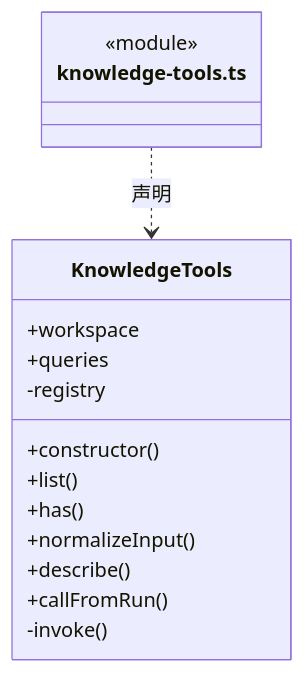
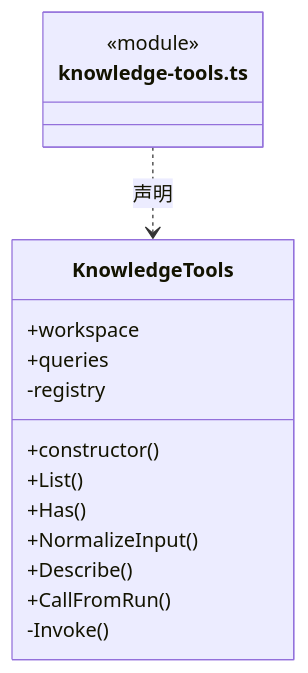
One commit to nan023062/cbim changed diagram 13 of 24 in src/logic/tools/runtime/ARCHITECTURE.md. Above: the diagram before and after it, drawn with Mermaid. The commit also changed other lines of this file and 1035 other files, not shown here.

````diff
--- a/src/logic/tools/runtime/ARCHITECTURE.md
+++ b/src/logic/tools/runtime/ARCHITECTURE.md
@@ -319,19 +319,19 @@
 ```mermaid
 classDiagram
 class N_src_logic_tools_runtime_knowledge_tools_ts["knowledge-tools.ts"] {
   <<module>>
 }
 class N_src_logic_tools_runtime_knowledge_tools_ts_KnowledgeTools["KnowledgeTools"] {
   +workspace
   +queries
   +constructor()
-  +list()
-  +has()
-  +normalizeInput()
-  +describe()
-  +callFromRun()
+  +List()
+  +Has()
+  +NormalizeInput()
+  +Describe()
+  +CallFromRun()
   -registry
-  -invoke()
+  -Invoke()
 }
 N_src_logic_tools_runtime_knowledge_tools_ts ..> N_src_logic_tools_runtime_knowledge_tools_ts_KnowledgeTools : 声明
 ```
````
